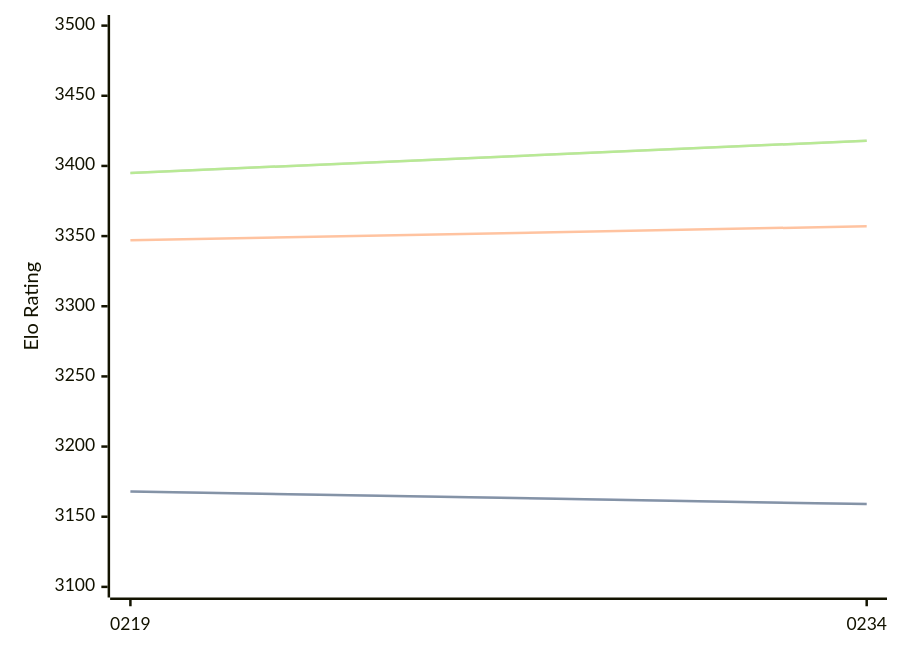
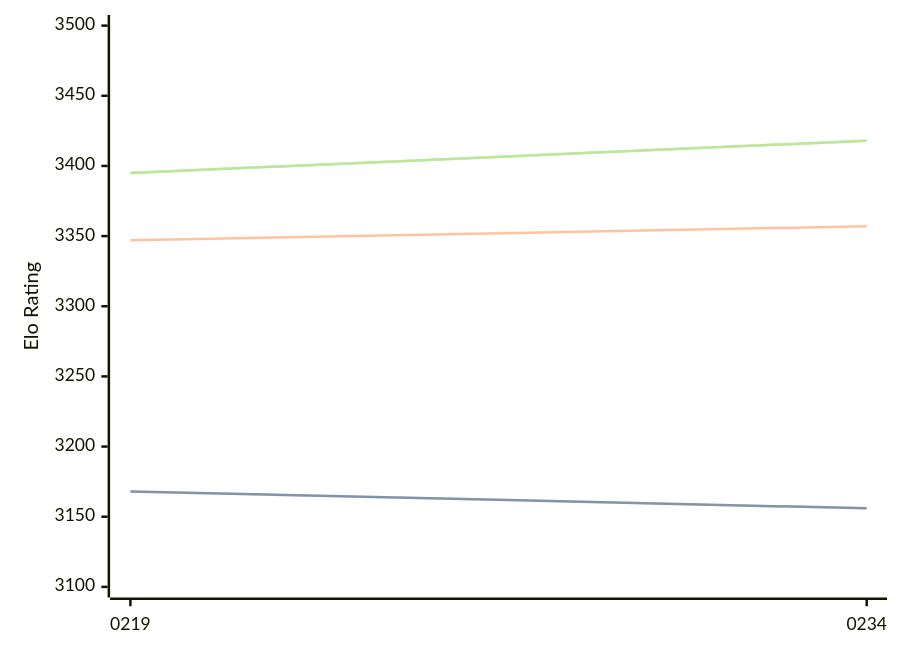
Before and after one commit to computer-chess-index/cci: the diagram in engines/Ynode.md, drawn with Mermaid. The commit also changed other lines of this file, not shown here.

Commit message:
Update CCI Ratings (ELO VLTC) - 2026-04-07

````diff
--- a/engines/Ynode.md
+++ b/engines/Ynode.md
@@ -39,11 +39,11 @@
 ```mermaid
 %%{init: {"theme":"base","themeVariables":{"seriesColors:['#a3a3a3','#222221','#faa371']}}}%%
 xychart-beta
   x-axis ["0219", "0234"]
   y-axis "Elo Rating" 3100 --> 3500
-  line "STC (8.0+0.08s)" [3168, 3159]
-  line "STC (8.0+0.08s)" [3168, 3159]
+  line "STC (8.0+0.08s)" [3168, 3156]
+  line "STC (8.0+0.08s)" [3168, 3156]
   line "LTC (60.0+0.60s)" [3347, 3357]
   line "VLTC (2m24s+1.12s)" [3395, 3418]
   line "VLTC (2m24s+1.12s)" [3395, 3418]
 ```
````
